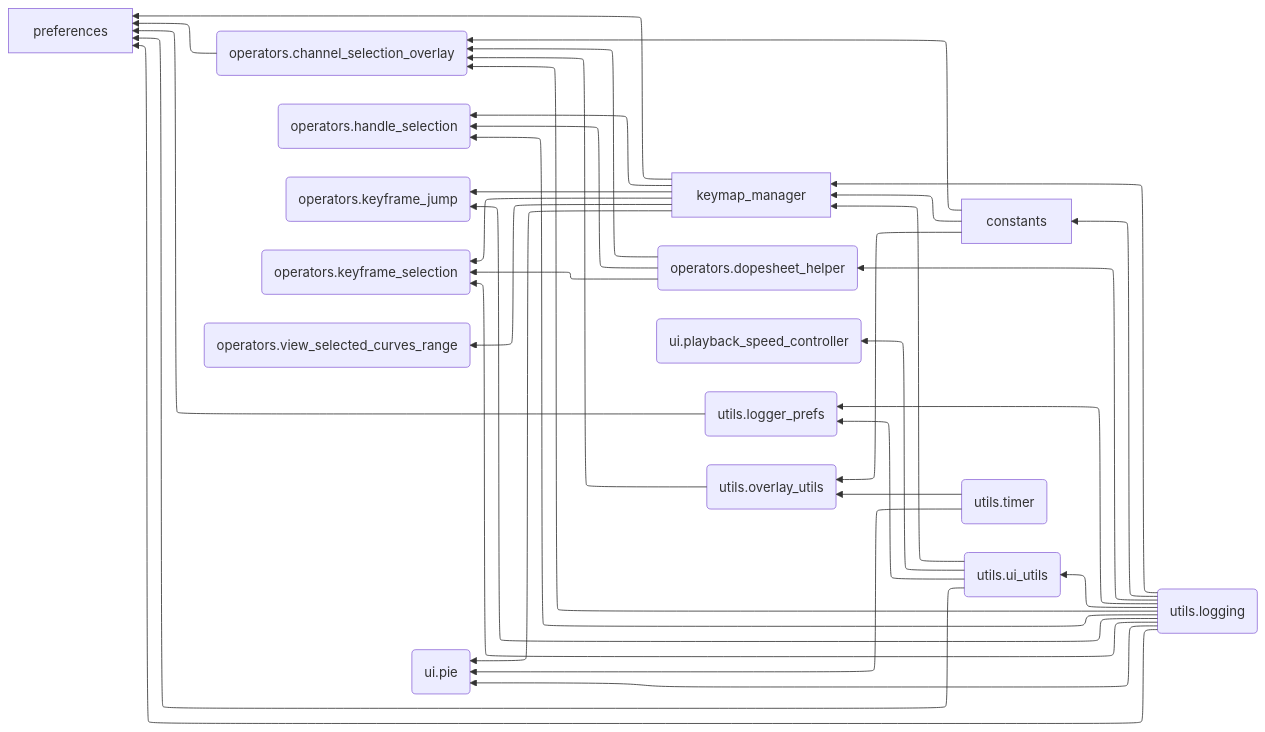
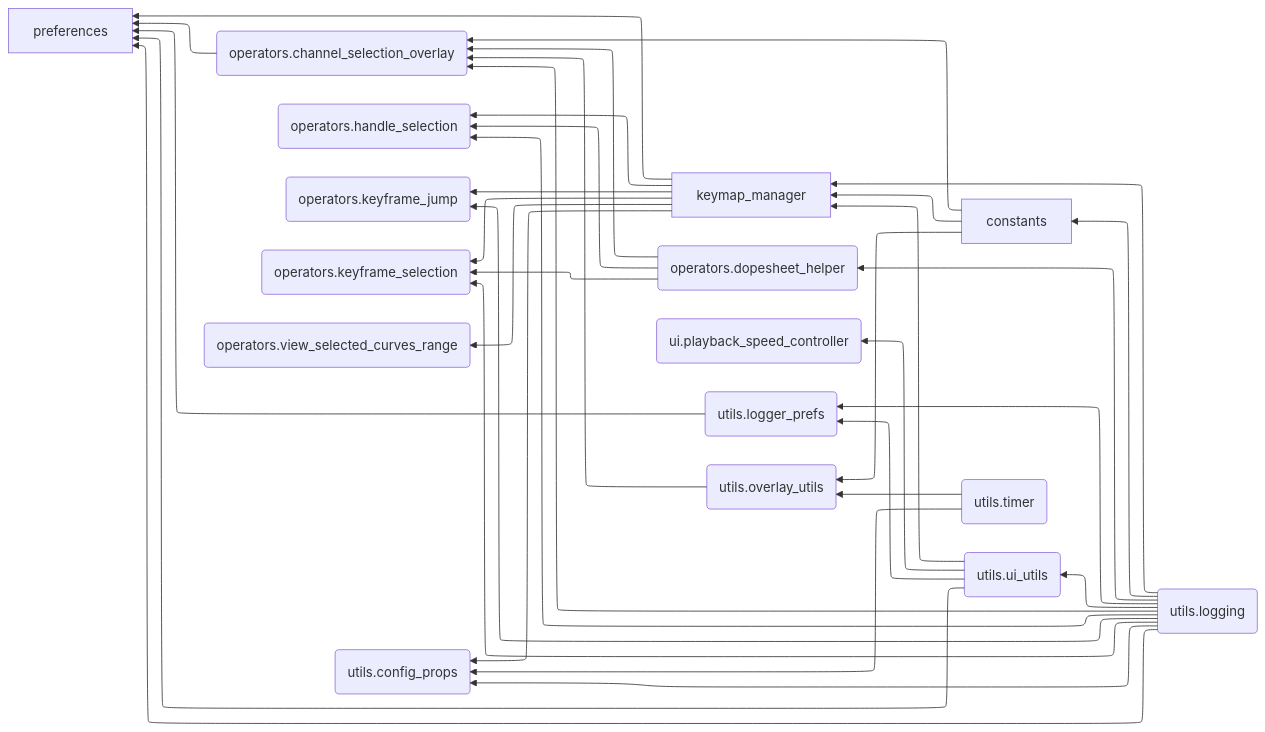
Before and after one commit to Pluglug/graph_monkey: the diagram in docs/debug/module_dependencies.mmd, drawn with Mermaid. The commit also changed 1 other file, not shown here.

Commit message:
モジュール依存関係を更新し、ui_pieをutils_config_propsに置き換えました。

```diff
--- a/docs/debug/module_dependencies.mmd
+++ b/docs/debug/module_dependencies.mmd
@@ -1,56 +1,56 @@
 ---
 config:
   theme: mc
   layout: elk
   flowchart:
     curve: basis
 ---
 flowchart RL
     constants[constants]
     keymap_manager[keymap_manager]
     operators_channel_selection_overlay(operators.channel_selection_overlay)
     operators_dopesheet_helper(operators.dopesheet_helper)
     operators_handle_selection(operators.handle_selection)
     operators_keyframe_jump(operators.keyframe_jump)
     operators_keyframe_selection(operators.keyframe_selection)
     operators_view_selected_curves_range(operators.view_selected_curves_range)
     preferences[preferences]
-    ui_pie(ui.pie)
     ui_playback_speed_controller(ui.playback_speed_controller)
+    utils_config_props(utils.config_props)
     utils_logger_prefs(utils.logger_prefs)
     utils_logging(utils.logging)
     utils_overlay_utils(utils.overlay_utils)
     utils_timer(utils.timer)
     utils_ui_utils(utils.ui_utils)
     constants --> keymap_manager
     constants --> operators_channel_selection_overlay
     constants --> utils_overlay_utils
     keymap_manager --> operators_handle_selection
     keymap_manager --> operators_keyframe_jump
     keymap_manager --> operators_keyframe_selection
     keymap_manager --> operators_view_selected_curves_range
     keymap_manager --> preferences
-    keymap_manager --> ui_pie
+    keymap_manager --> utils_config_props
     operators_channel_selection_overlay --> preferences
     operators_dopesheet_helper --> operators_channel_selection_overlay
     operators_dopesheet_helper --> operators_handle_selection
     operators_dopesheet_helper --> operators_keyframe_selection
     utils_logger_prefs --> preferences
     utils_logging --> constants
     utils_logging --> keymap_manager
     utils_logging --> operators_channel_selection_overlay
     utils_logging --> operators_dopesheet_helper
     utils_logging --> operators_handle_selection
     utils_logging --> operators_keyframe_jump
     utils_logging --> operators_keyframe_selection
     utils_logging --> preferences
-    utils_logging --> ui_pie
+    utils_logging --> utils_config_props
     utils_logging --> utils_logger_prefs
     utils_logging --> utils_ui_utils
     utils_overlay_utils --> operators_channel_selection_overlay
-    utils_timer --> ui_pie
+    utils_timer --> utils_config_props
     utils_timer --> utils_overlay_utils
     utils_ui_utils --> keymap_manager
     utils_ui_utils --> preferences
     utils_ui_utils --> ui_playback_speed_controller
     utils_ui_utils --> utils_logger_prefs
```
